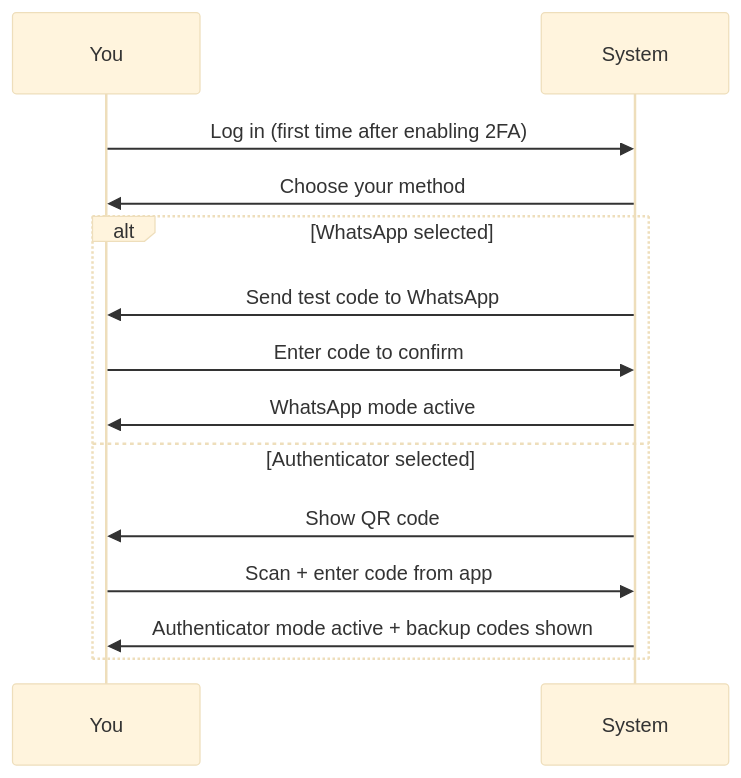
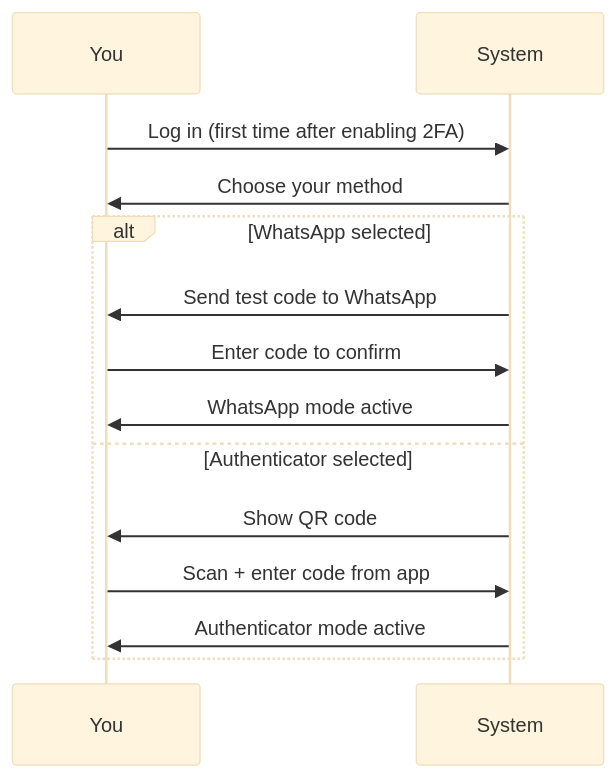
One commit to sampadadiwan/IRM_CompanyMain changed the second of 3 diagrams in docs/user_guides/two_factor_authentication_user_guide.md. Above: the diagram before and after it, drawn with Mermaid (base theme). The commit also changed other lines of this file and 39 other files, not shown here.

````diff
--- a/docs/user_guides/two_factor_authentication_user_guide.md
+++ b/docs/user_guides/two_factor_authentication_user_guide.md
@@ -68,17 +67,17 @@
 ```mermaid
 sequenceDiagram
     participant U as You
     participant S as System
 
     U->>S: Log in (first time after enabling 2FA)
     S->>U: Choose your method
     alt WhatsApp selected
         S->>U: Send test code to WhatsApp
         U->>S: Enter code to confirm
         S->>U: WhatsApp mode active
     else Authenticator selected
         S->>U: Show QR code
         U->>S: Scan + enter code from app
-        S->>U: Authenticator mode active + backup codes shown
+        S->>U: Authenticator mode active
     end
 ```
````
